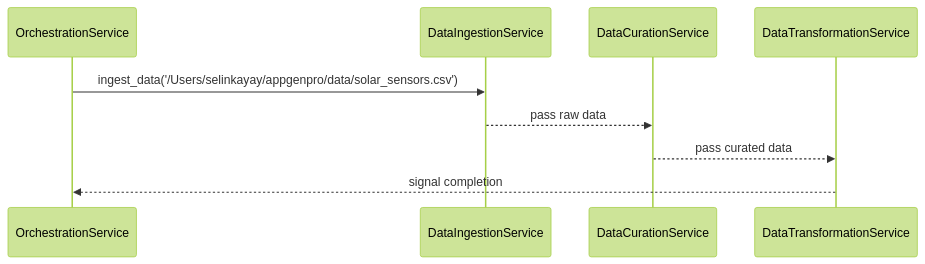
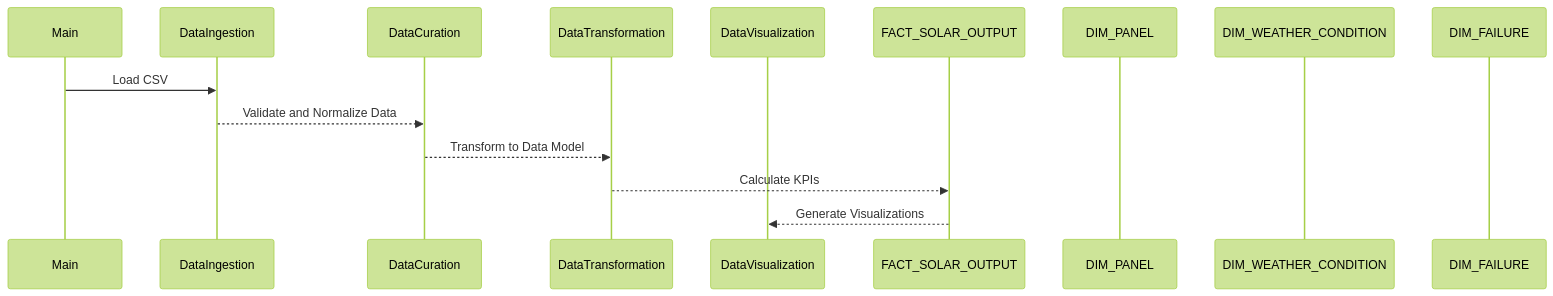
The second of 2 diagrams in docs/sdd.md (selin-k/bi_report_project), drawn with Mermaid (forest theme) before and after one commit. The commit also changed other lines of this file and 14 other files, not shown here.

````diff
--- a/docs/sdd.md
+++ b/docs/sdd.md
@@ -50,12 +84,18 @@
 ```mermaid
 sequenceDiagram
-    participant Orchestrator as OrchestrationService
-    participant Ingestion as DataIngestionService
-    participant Curation as DataCurationService
-    participant Transformation as DataTransformationService
+    participant Main as Main
+    participant Ingestion as DataIngestion
+    participant Curation as DataCuration
+    participant Transformation as DataTransformation
+    participant Visualization as DataVisualization
+    participant FACT_SOLAR_OUTPUT as FACT_SOLAR_OUTPUT
+    participant DIM_PANEL as DIM_PANEL
+    participant DIM_WEATHER_CONDITION as DIM_WEATHER_CONDITION
+    participant DIM_FAILURE as DIM_FAILURE
 
-    Orchestrator->>Ingestion: ingest_data('/Users/selinkayay/appgenpro/data/solar_sensors.csv')
-    Ingestion-->>Curation: pass raw data
-    Curation-->>Transformation: pass curated data
-    Transformation-->>Orchestrator: signal completion
+    Main->>Ingestion: Load CSV
+    Ingestion-->>Curation: Validate and Normalize Data
+    Curation-->>Transformation: Transform to Data Model
+    Transformation-->>FACT_SOLAR_OUTPUT: Calculate KPIs
+    FACT_SOLAR_OUTPUT-->>Visualization: Generate Visualizations
 ```
````
